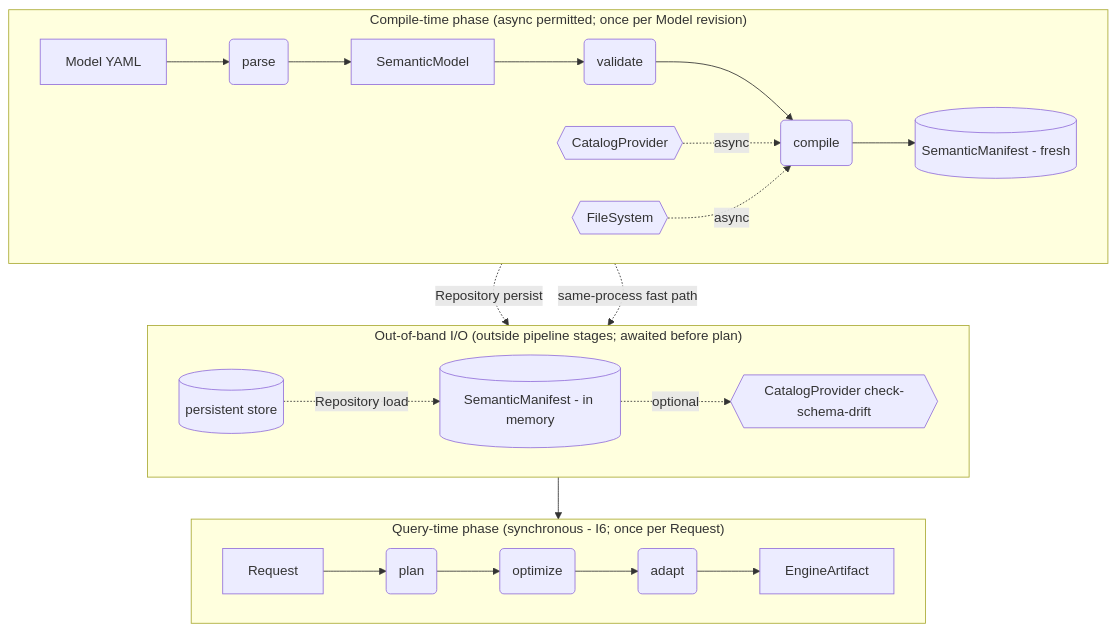
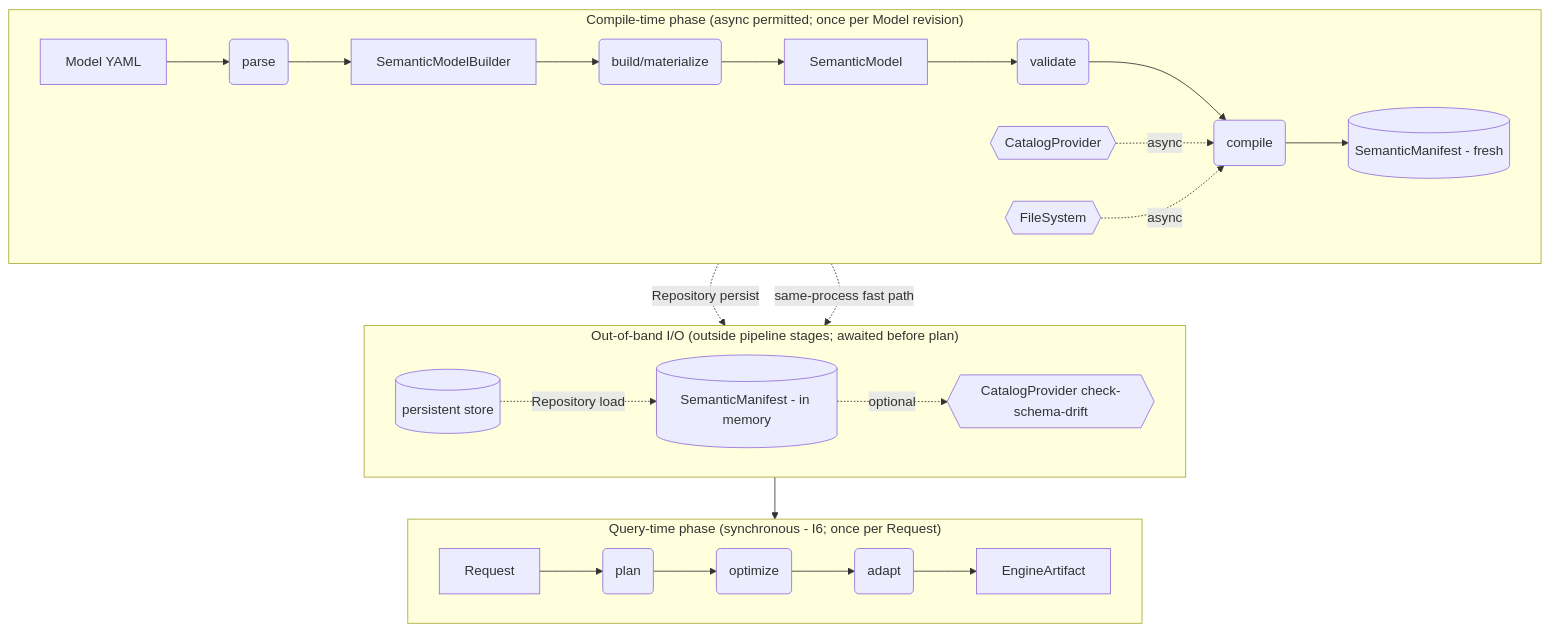
Before and after one commit to ahmetdal-funnel/semstrait: the second of 2 diagrams in docs/design/foundations/10_resolution_pipeline.md, drawn with Mermaid. The commit also changed other lines of this file and 12 other files, not shown here.

First line of the commit message:
spec: stabilize model-manifest identity and graph contracts

````diff
--- a/docs/design/foundations/10_resolution_pipeline.md
+++ b/docs/design/foundations/10_resolution_pipeline.md
@@ -416,31 +418,33 @@
 ```mermaid
 flowchart TD
     subgraph P1["Compile-time phase (async permitted; once per Model revision)"]
         direction LR
         Y[Model YAML] --> parse(parse)
-        parse --> SM[SemanticModel]
+        parse --> SMB[SemanticModelBuilder]
+        SMB --> build(build/materialize)
+        build --> SM[SemanticModel]
         SM --> validate(validate)
         validate --> compile(compile)
         compile --> M[(SemanticManifest - fresh)]
         CP{{CatalogProvider}} -.->|async| compile
         FS{{FileSystem}} -.->|async| compile
     end
 
     subgraph OB["Out-of-band I/O (outside pipeline stages; awaited before plan)"]
         direction LR
         M -.->|Repository persist| STORE[(persistent store)]
         STORE -.->|Repository load| MEM[(SemanticManifest - in memory)]
         MEM -.->|optional| DRIFT{{CatalogProvider check-schema-drift}}
     end
 
     subgraph P2["Query-time phase (synchronous - I6; once per Request)"]
         direction LR
         REQ[Request] --> plan(plan)
         MEM --> plan
         plan --> optimize(optimize)
         optimize --> adapt(adapt)
         adapt --> EA[EngineArtifact]
     end
 
     M -.->|same-process fast path| MEM
 ```
````
